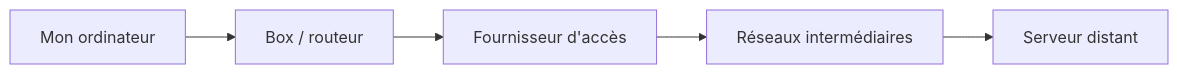
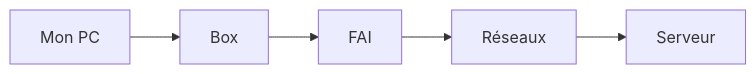
One commit to galsen-76/Informatique- changed the diagram in 03 — Concepts/Internet.md. Above: the diagram before and after it, drawn with Mermaid. The commit also changed 10 other files, not shown here.

First line of the commit message:
Concepts : diagrammes Mermaid raccourcis pour tenir en largeur

````diff
--- a/03 — Concepts/Internet.md
+++ b/03 — Concepts/Internet.md
@@ -39,7 +39,7 @@
 ```mermaid
 flowchart LR
-  A[Mon ordinateur] --> B[Box / routeur]
-  B --> C[Fournisseur d'accès]
-  C --> D[Réseaux intermédiaires]
-  D --> E[Serveur distant]
+  A[Mon PC] --> B[Box]
+  B --> C[FAI]
+  C --> D[Réseaux]
+  D --> E[Serveur]
 ```
````
